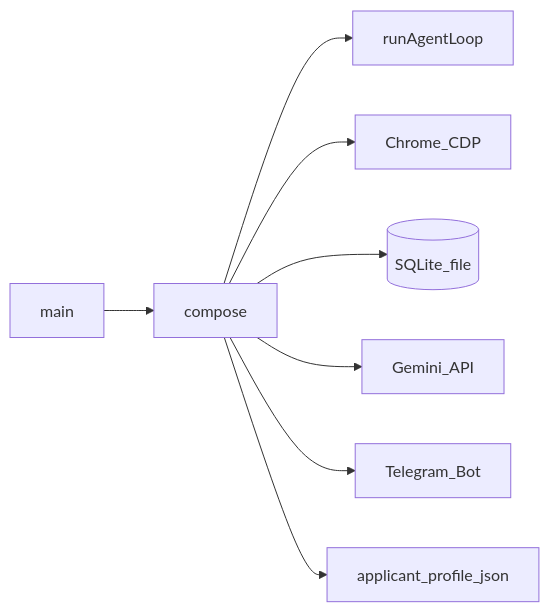
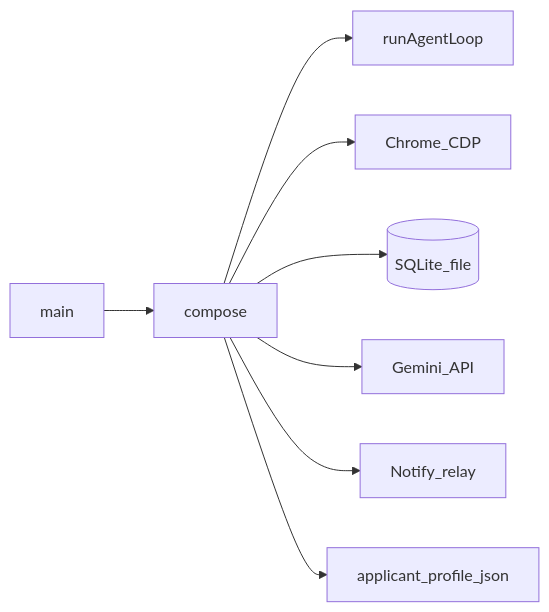
The first of 2 diagrams in docs/architecture.md (shinnenkara/wohn-agent), drawn with Mermaid before and after one commit. The commit also changed other lines of this file and 35 other files, not shown here.

````diff
--- a/docs/architecture.md
+++ b/docs/architecture.md
@@ -7,19 +7,19 @@
 ```mermaid
 flowchart LR
   main[main]
   compose[compose]
   loop[runAgentLoop]
   chrome[Chrome_CDP]
   sqlite[(SQLite_file)]
   gemini[Gemini_API]
-  telegram[Telegram_Bot]
+  relay[Notify_relay]
   profile[applicant_profile_json]
 
   main --> compose
   compose --> loop
   compose --> chrome
   compose --> sqlite
   compose --> gemini
-  compose --> telegram
+  compose --> relay
   compose --> profile
 ```
````
